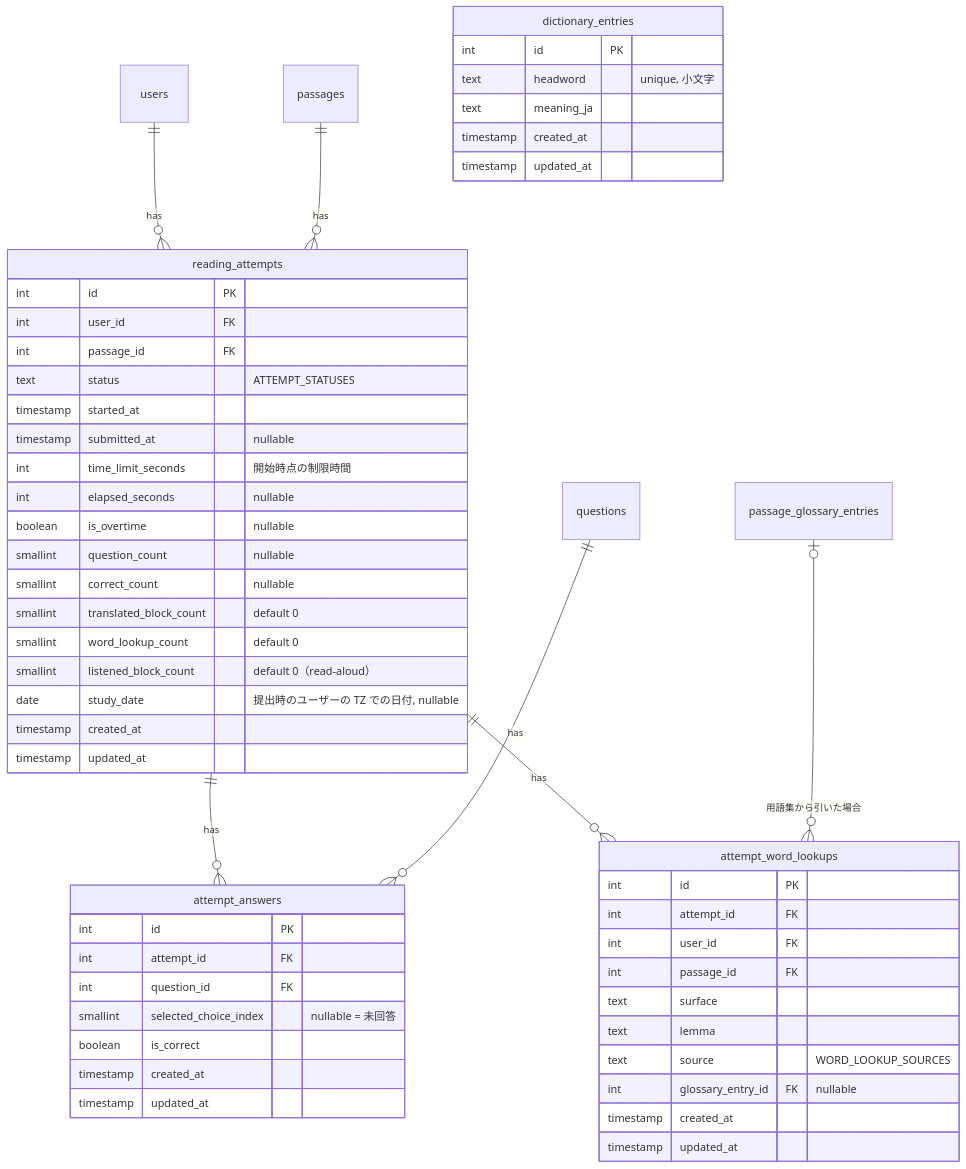
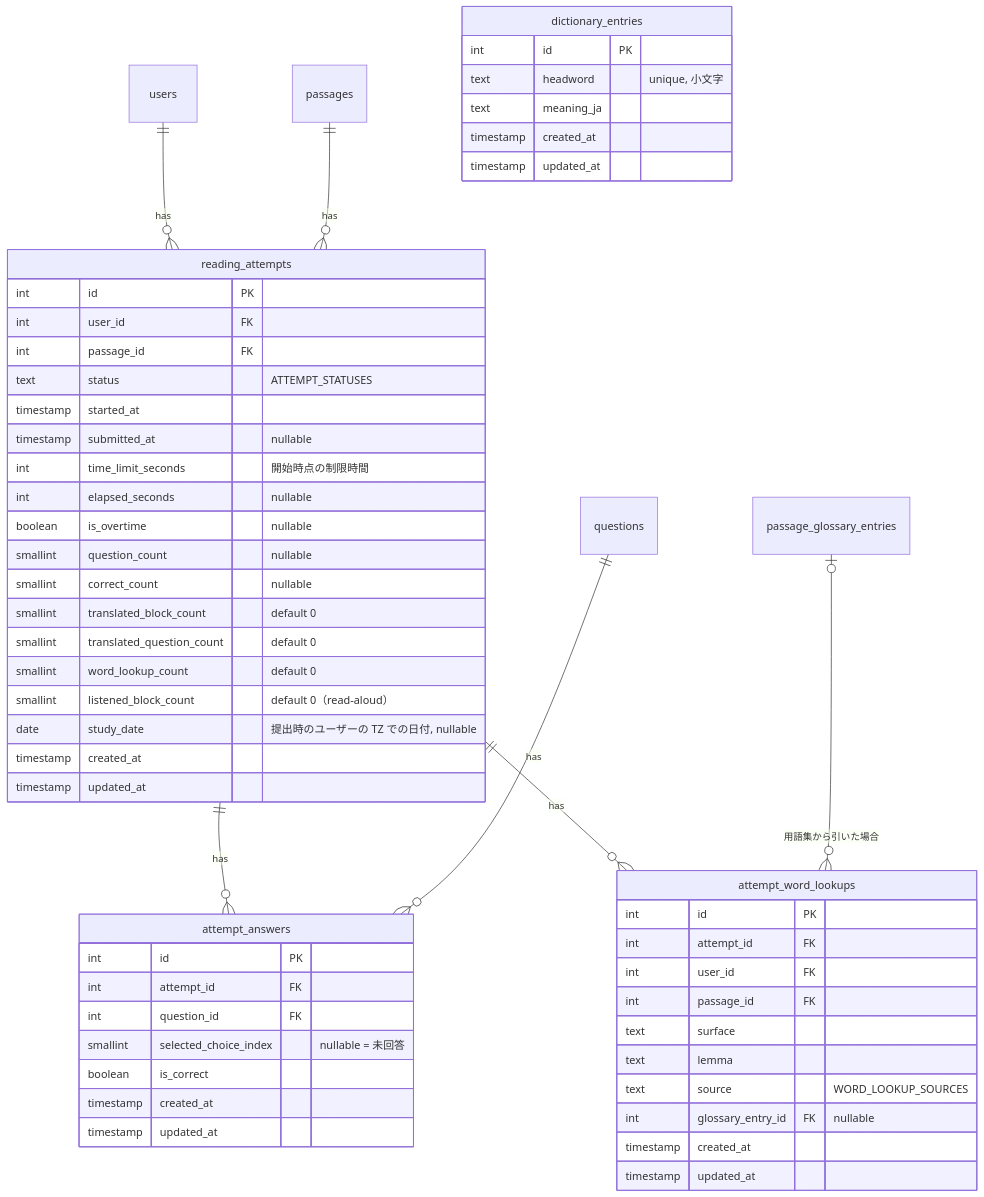
Before and after one commit to kentakki416/tech-english: the second of 3 diagrams in docs/spec/reading-practice/README.md, drawn with Mermaid. The commit also changed other lines of this file and 12 other files, not shown here.

````diff
--- a/docs/spec/reading-practice/README.md
+++ b/docs/spec/reading-practice/README.md
@@ -770,56 +779,57 @@
 ```mermaid
 erDiagram
     users ||--o{ reading_attempts : has
     passages ||--o{ reading_attempts : has
     reading_attempts ||--o{ attempt_answers : has
     questions ||--o{ attempt_answers : has
     reading_attempts ||--o{ attempt_word_lookups : has
     passage_glossary_entries |o--o{ attempt_word_lookups : "用語集から引いた場合"
     reading_attempts {
         int id PK
         int user_id FK
         int passage_id FK
         text status "ATTEMPT_STATUSES"
         timestamp started_at
         timestamp submitted_at "nullable"
         int time_limit_seconds "開始時点の制限時間"
         int elapsed_seconds "nullable"
         boolean is_overtime "nullable"
         smallint question_count "nullable"
         smallint correct_count "nullable"
         smallint translated_block_count "default 0"
+        smallint translated_question_count "default 0"
         smallint word_lookup_count "default 0"
         smallint listened_block_count "default 0（read-aloud）"
         date study_date "提出時のユーザーの TZ での日付, nullable"
         timestamp created_at
         timestamp updated_at
     }
     attempt_answers {
         int id PK
         int attempt_id FK
         int question_id FK
         smallint selected_choice_index "nullable = 未回答"
         boolean is_correct
         timestamp created_at
         timestamp updated_at
     }
     attempt_word_lookups {
         int id PK
         int attempt_id FK
         int user_id FK
         int passage_id FK
         text surface
         text lemma
         text source "WORD_LOOKUP_SOURCES"
         int glossary_entry_id FK "nullable"
         timestamp created_at
         timestamp updated_at
     }
     dictionary_entries {
         int id PK
         text headword "unique, 小文字"
         text meaning_ja
         timestamp created_at
         timestamp updated_at
     }
 ```
````
